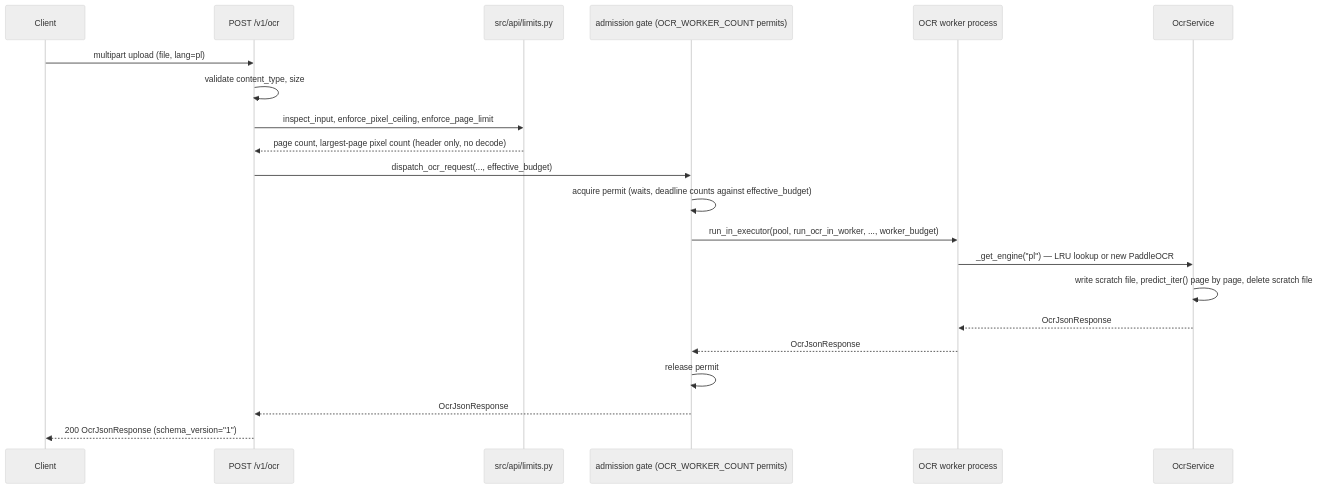
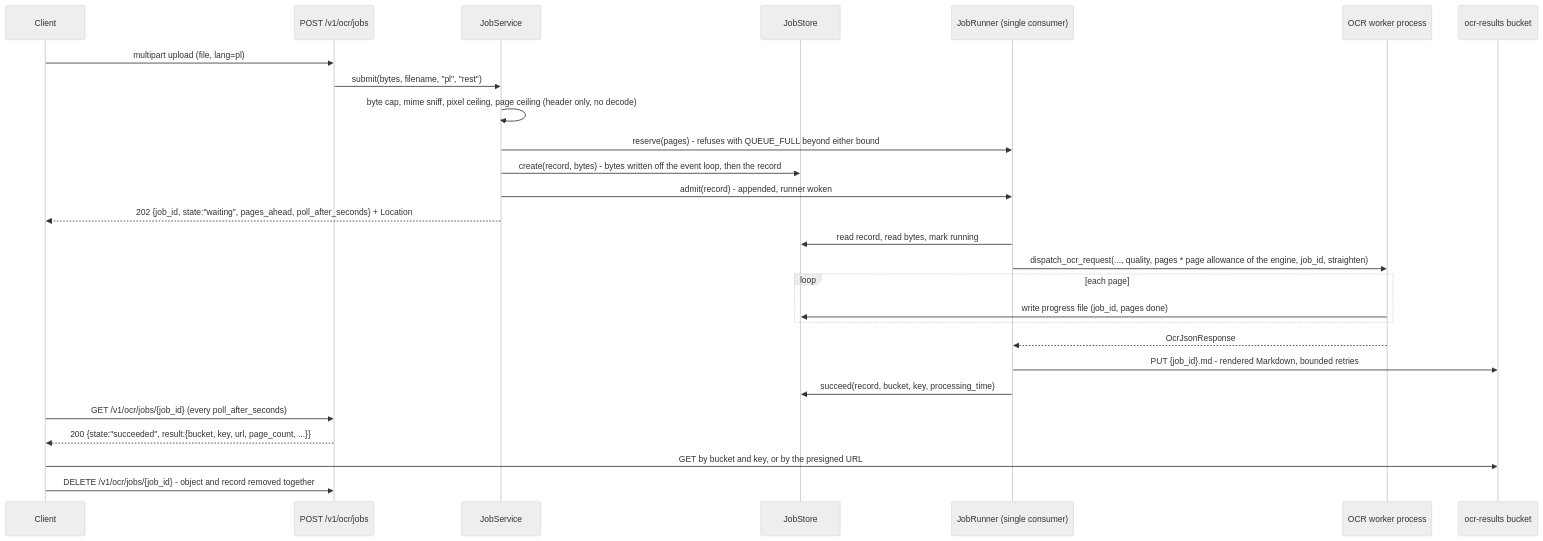
Before and after one commit to Lukk17/AscendAI: the second of 4 diagrams in apps/ascend-ocr/docs/architecture/arc42/06-runtime-view.md, drawn with Mermaid (neutral theme). The commit also changed other lines of this file and 1022 other files, not shown here.

First line of the commit message:
feat(ocr): move ascend-ocr to a job interface, add Pact contract tests and release six services (#5)

````diff
--- a/apps/ascend-ocr/docs/architecture/arc42/06-runtime-view.md
+++ b/apps/ascend-ocr/docs/architecture/arc42/06-runtime-view.md
@@ -41,24 +52,32 @@
 ```mermaid
 sequenceDiagram
     participant Client
-    participant REST as POST /v1/ocr
-    participant Limits as src/api/limits.py
-    participant Gate as admission gate (OCR_WORKER_COUNT permits)
+    participant REST as POST /v1/ocr/jobs
+    participant JobSvc as JobService
+    participant Store as JobStore
+    participant Runner as JobRunner (single consumer)
     participant Pool as OCR worker process
-    participant OcrSvc as OcrService
+    participant Bucket as ocr-results bucket
 
     Client->>REST: multipart upload (file, lang=pl)
-    REST->>REST: validate content_type, size
-    REST->>Limits: inspect_input, enforce_pixel_ceiling, enforce_page_limit
-    Limits-->>REST: page count, largest-page pixel count (header only, no decode)
-    REST->>Gate: dispatch_ocr_request(..., effective_budget)
-    Gate->>Gate: acquire permit (waits, deadline counts against effective_budget)
-    Gate->>Pool: run_in_executor(pool, run_ocr_in_worker, ..., worker_budget)
-    Pool->>OcrSvc: _get_engine("pl") — LRU lookup or new PaddleOCR
-    OcrSvc->>OcrSvc: write scratch file, predict_iter() page by page, delete scratch file
-    OcrSvc-->>Pool: OcrJsonResponse
-    Pool-->>Gate: OcrJsonResponse
-    Gate->>Gate: release permit
-    Gate-->>REST: OcrJsonResponse
-    REST-->>Client: 200 OcrJsonResponse (schema_version="1")
+    REST->>JobSvc: submit(bytes, filename, "pl", "rest")
+    JobSvc->>JobSvc: byte cap, mime sniff, pixel ceiling, page ceiling (header only, no decode)
+    JobSvc->>Runner: reserve(pages) - refuses with QUEUE_FULL beyond either bound
+    JobSvc->>Store: create(record, bytes) - bytes written off the event loop, then the record
+    JobSvc->>Runner: admit(record) - appended, runner woken
+    JobSvc-->>Client: 202 {job_id, state:"waiting", pages_ahead, poll_after_seconds} + Location
+
+    Runner->>Store: read record, read bytes, mark running
+    Runner->>Pool: dispatch_ocr_request(..., quality, pages * page allowance of the engine, job_id, straighten)
+    loop each page
+        Pool->>Store: write progress file (job_id, pages done)
+    end
+    Pool-->>Runner: OcrJsonResponse
+    Runner->>Bucket: PUT {job_id}.md - rendered Markdown, bounded retries
+    Runner->>Store: succeed(record, bucket, key, processing_time)
+
+    Client->>REST: GET /v1/ocr/jobs/{job_id} (every poll_after_seconds)
+    REST-->>Client: 200 {state:"succeeded", result:{bucket, key, url, page_count, ...}}
+    Client->>Bucket: GET by bucket and key, or by the presigned URL
+    Client->>REST: DELETE /v1/ocr/jobs/{job_id} - object and record removed together
 ```
````
